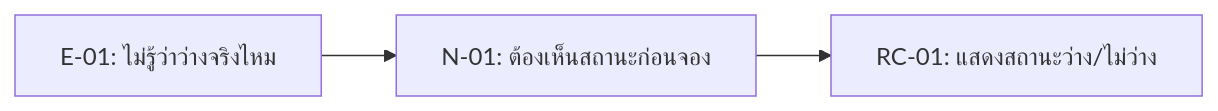
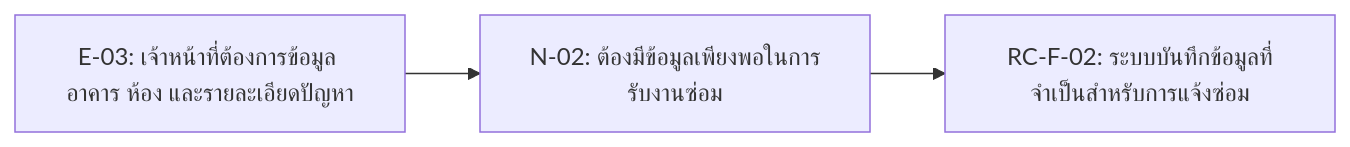
Before and after one commit to Aonney/ENGSE206-Group02-classroom-and-lab-maintenance-reporting: the diagram in docs/04-requirement-candidates.md, drawn with Mermaid. The commit also changed other lines of this file, not shown here.

````diff
--- a/docs/04-requirement-candidates.md
+++ b/docs/04-requirement-candidates.md
@@ -13,5 +13,5 @@
 ```mermaid
 flowchart LR
-    E["E-01: ไม่รู้ว่าว่างจริงไหม"] --> N["N-01: ต้องเห็นสถานะก่อนจอง"]
-    N --> R["RC-01: แสดงสถานะว่าง/ไม่ว่าง"]
+    E["E-03: เจ้าหน้าที่ต้องการข้อมูล อาคาร ห้อง และรายละเอียดปัญหา"] --> N["N-02: ต้องมีข้อมูลเพียงพอในการรับงานซ่อม"]
+    N --> R["RC-F-02: ระบบบันทึกข้อมูลที่จำเป็นสำหรับการแจ้งซ่อม"]
 ```
````
